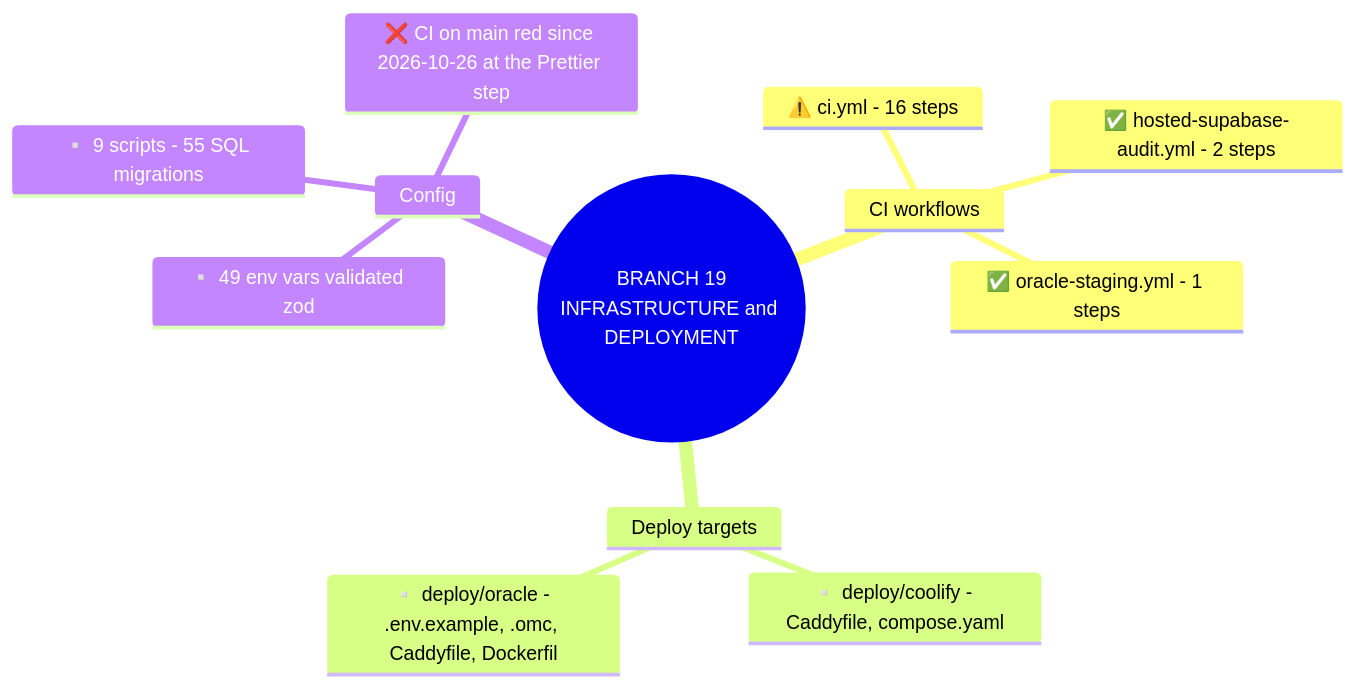
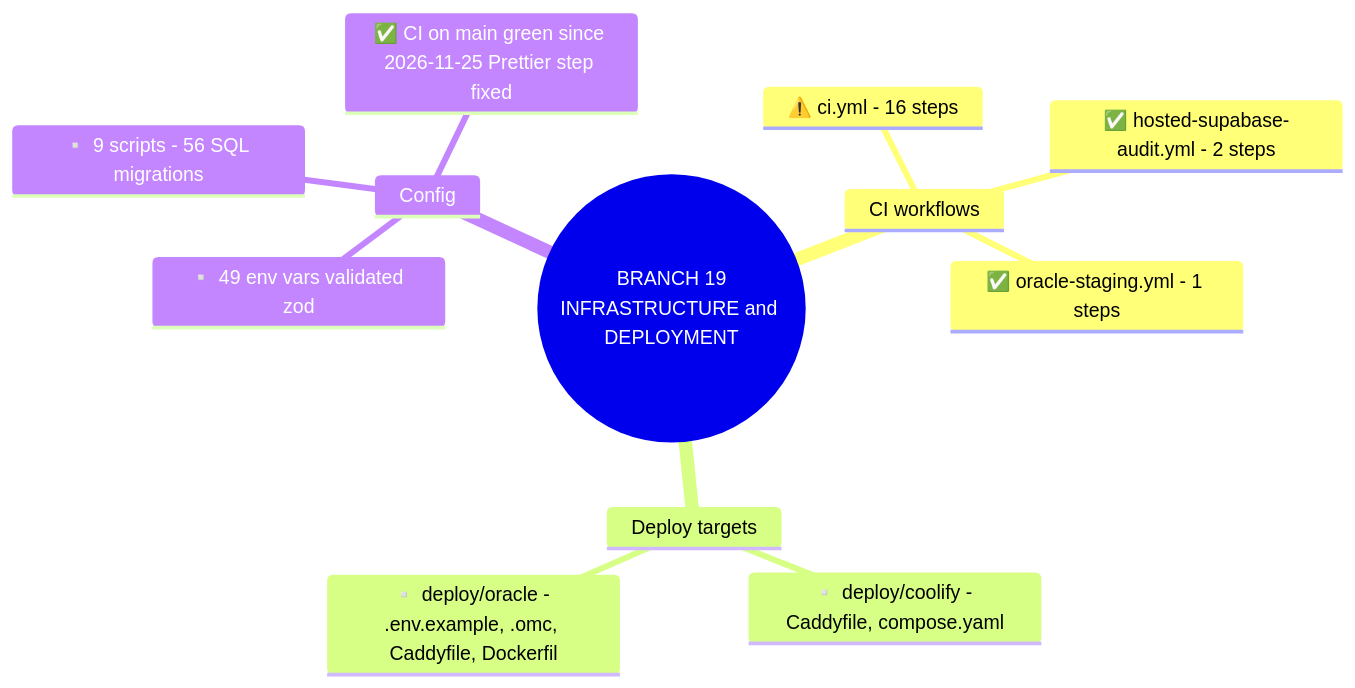
Diagram 21 of 22 in project-mindmap/master/MASTER_PROJECT_DIAGRAMS.md (yhsomani/talentsphere-complete), drawn with Mermaid before and after one commit. The commit also changed other lines of this file and 44 other files, not shown here.

First line of the commit message:
docs: dedup scan, doc-to-code sync and mind map refresh

````diff
--- a/project-mindmap/master/MASTER_PROJECT_DIAGRAMS.md
+++ b/project-mindmap/master/MASTER_PROJECT_DIAGRAMS.md
@@ -578,15 +578,15 @@
 ```mermaid
 mindmap
   root(("BRANCH 19<br/>INFRASTRUCTURE and DEPLOYMENT"))
     CI workflows
       ⚠️ ci.yml - 16 steps
       ✅ hosted-supabase-audit.yml - 2 steps
       ✅ oracle-staging.yml - 1 steps
     Deploy targets
       ▫️ deploy/coolify - Caddyfile, compose.yaml
       ▫️ deploy/oracle - .env.example, .omc, Caddyfile, Dockerfil
     Config
       ▫️ 49 env vars validated zod
-      ▫️ 9 scripts - 55 SQL migrations
-      ❌ CI on main red since 2026-10-26 at the Prettier step
+      ▫️ 9 scripts - 56 SQL migrations
+      ✅ CI on main green since 2026-11-25 Prettier step fixed
 ```
````
